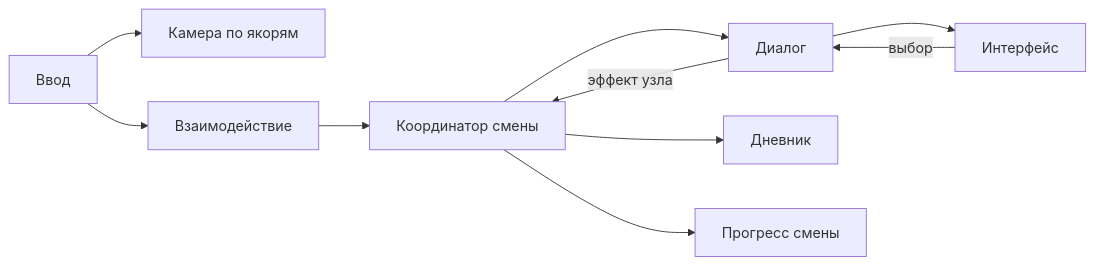
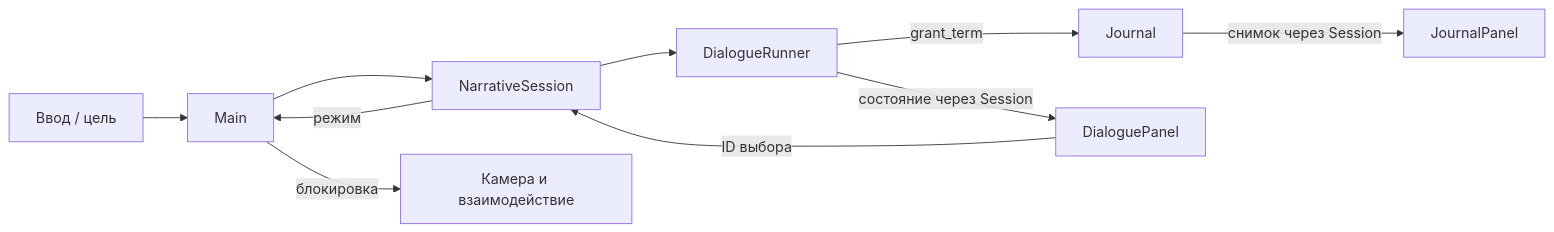
Before and after one commit to ZetMGC/Dark-Alone: the diagram in docs/ARCHITECTURE.md, drawn with Mermaid. The commit also changed other lines of this file and 40 other files, not shown here.

Commit message:
feat(DA-021): add dialogue choices and session journal UI

````diff
--- a/docs/ARCHITECTURE.md
+++ b/docs/ARCHITECTURE.md
@@ -34,12 +35,12 @@
 ```mermaid
 flowchart LR
-    Input[Ввод] --> Camera[Камера по якорям]
-    Input --> Interaction[Взаимодействие]
-    Interaction --> Session[Координатор смены]
-    Session --> Dialogue[Диалог]
-    Dialogue --> UI[Интерфейс]
-    UI -->|выбор| Dialogue
-    Dialogue -->|эффект узла| Session
-    Session --> Journal[Дневник]
-    Session --> Time[Прогресс смены]
+    Input[Ввод / цель] --> Main[Main]
+    Main --> Session[NarrativeSession]
+    Session --> Runner[DialogueRunner]
+    Runner -->|grant_term| Journal[Journal]
+    Runner -->|состояние через Session| UI[DialoguePanel]
+    UI -->|ID выбора| Session
+    Journal -->|снимок через Session| Diary[JournalPanel]
+    Session -->|режим| Main
+    Main -->|блокировка| Camera[Камера и взаимодействие]
 ```
````
